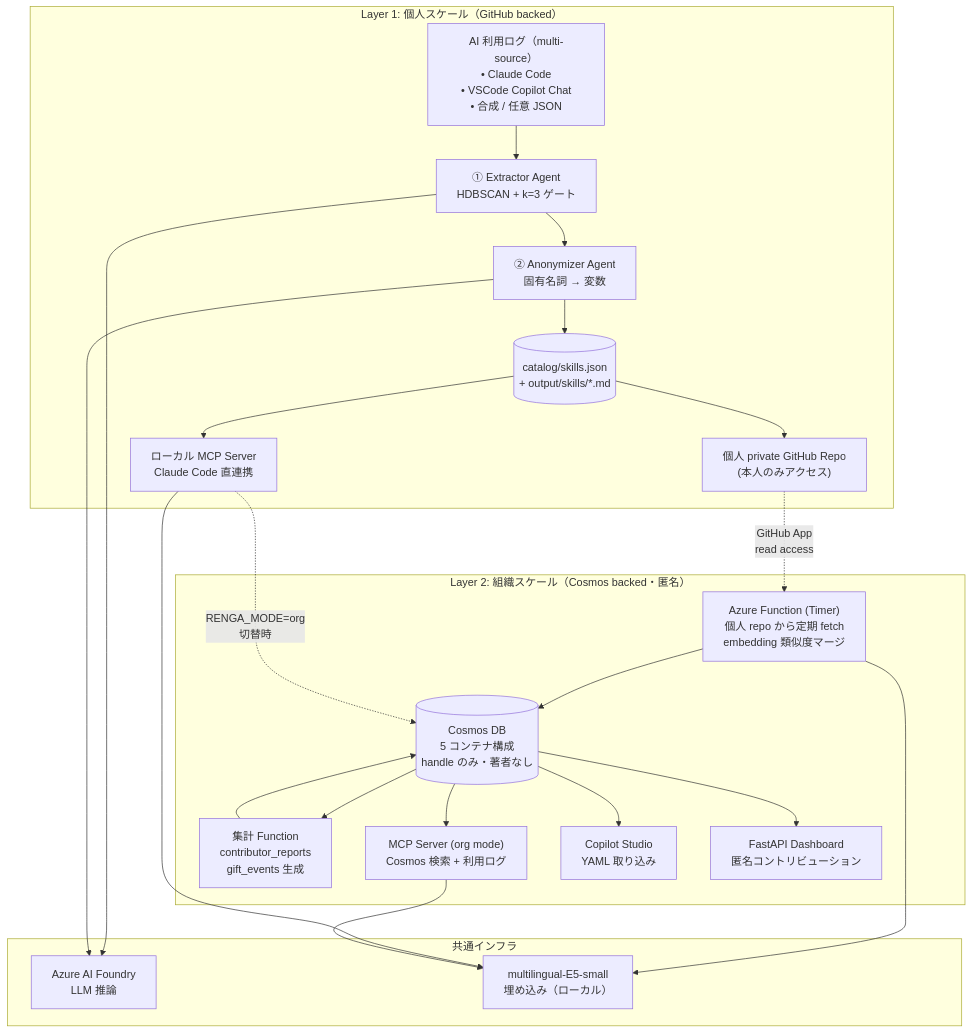
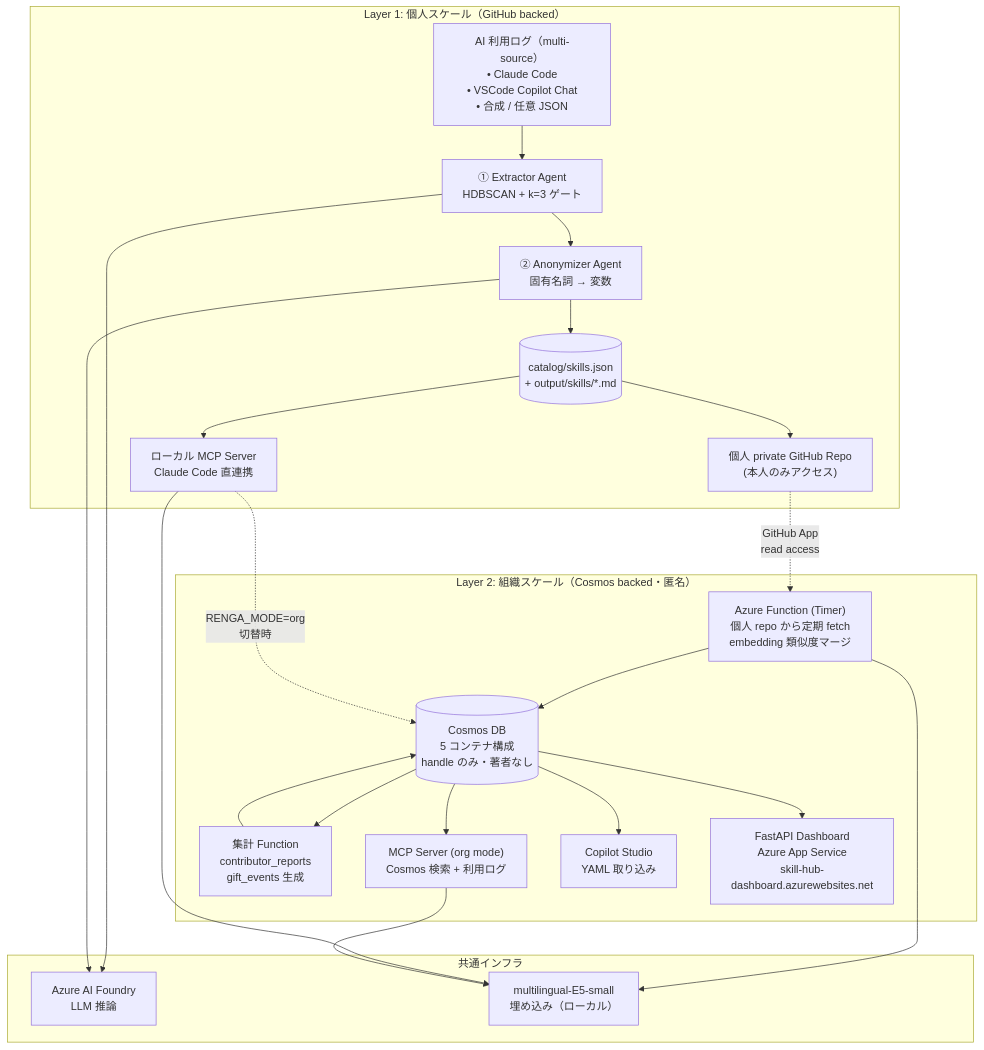
One commit to yuzuponikemi/RENGA changed the first of 3 diagrams in docs/architecture.md. Above: the diagram before and after it, drawn with Mermaid. The commit also changed other lines of this file and 3 other files, not shown here.

First line of the commit message:
deploy: FastAPI dashboard to Azure App Service

````diff
--- a/docs/architecture.md
+++ b/docs/architecture.md
@@ -12,46 +12,46 @@
 ```mermaid
 flowchart TD
     subgraph L1["Layer 1: 個人スケール（GitHub backed）"]
         LOGS["AI 利用ログ（multi-source）<br/>• Claude Code<br/>• VSCode Copilot Chat<br/>• 合成 / 任意 JSON"]
         EXT["① Extractor Agent<br/>HDBSCAN + k=3 ゲート"]
         ANO["② Anonymizer Agent<br/>固有名詞 → 変数"]
         LOCAL[("catalog/skills.json<br/>+ output/skills/*.md")]
         GH["個人 private GitHub Repo<br/>(本人のみアクセス)"]
         LMCP["ローカル MCP Server<br/>Claude Code 直連携"]
 
         LOGS --> EXT
         EXT --> ANO
         ANO --> LOCAL
         LOCAL --> GH
         LOCAL --> LMCP
     end
 
     subgraph L2["Layer 2: 組織スケール（Cosmos backed・匿名）"]
         FUNC["Azure Function (Timer)<br/>個人 repo から定期 fetch<br/>embedding 類似度マージ"]
         COSMOS[("Cosmos DB<br/>5 コンテナ構成<br/>handle のみ・著者なし")]
         AGG["集計 Function<br/>contributor_reports<br/>gift_events 生成"]
         ORGMCP["MCP Server (org mode)<br/>Cosmos 検索 + 利用ログ"]
         CS["Copilot Studio<br/>YAML 取り込み"]
         DASH["FastAPI Dashboard<br/>匿名コントリビューション"]
 
         FUNC --> COSMOS
         COSMOS --> AGG
         AGG --> COSMOS
         COSMOS --> ORGMCP
         COSMOS --> CS
-        COSMOS --> DASH
+        COSMOS --> DASH["FastAPI Dashboard<br/>Azure App Service<br/>skill-hub-dashboard.azurewebsites.net"]
     end
 
     subgraph INFRA["共通インフラ"]
         FOUNDRY["Azure AI Foundry<br/>LLM 推論"]
         E5["multilingual-E5-small<br/>埋め込み（ローカル）"]
     end
 
     GH -.->|"GitHub App<br/>read access"| FUNC
     EXT & ANO --> FOUNDRY
     FUNC --> E5
     LMCP --> E5
     ORGMCP --> E5
 
     LMCP -.->|"RENGA_MODE=org<br/>切替時"| COSMOS
 ```
````
